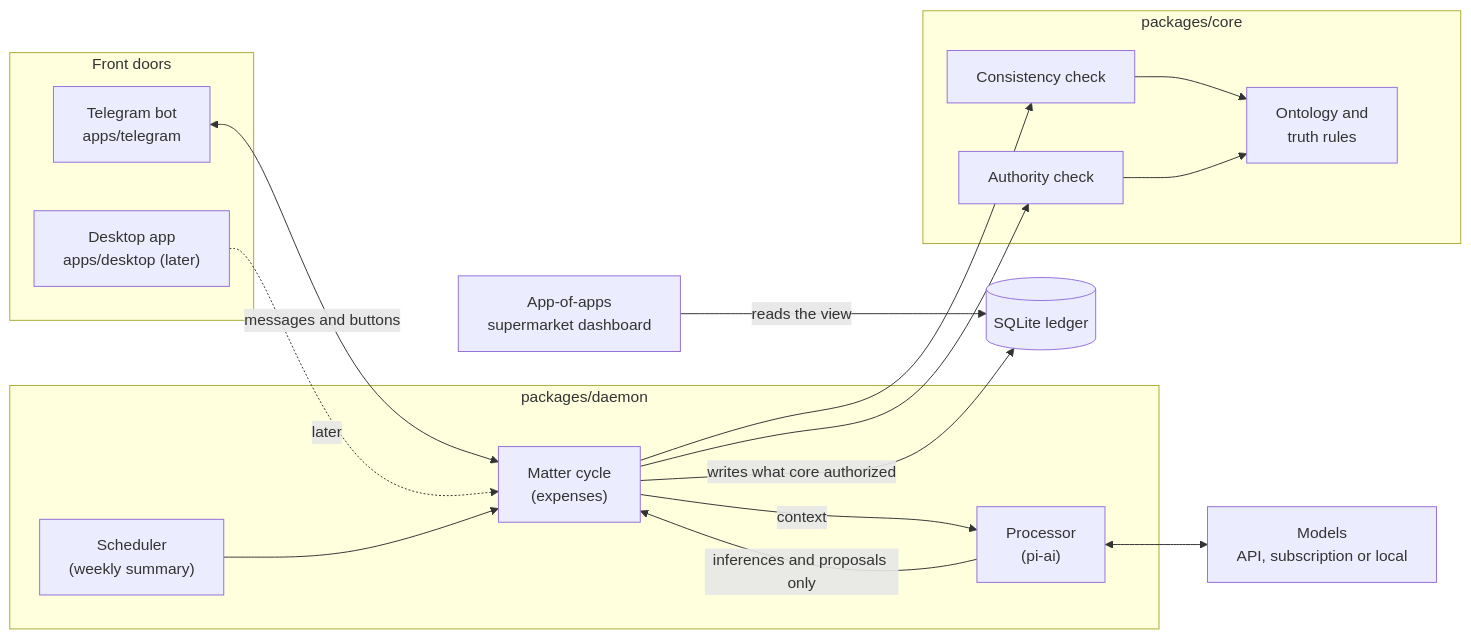
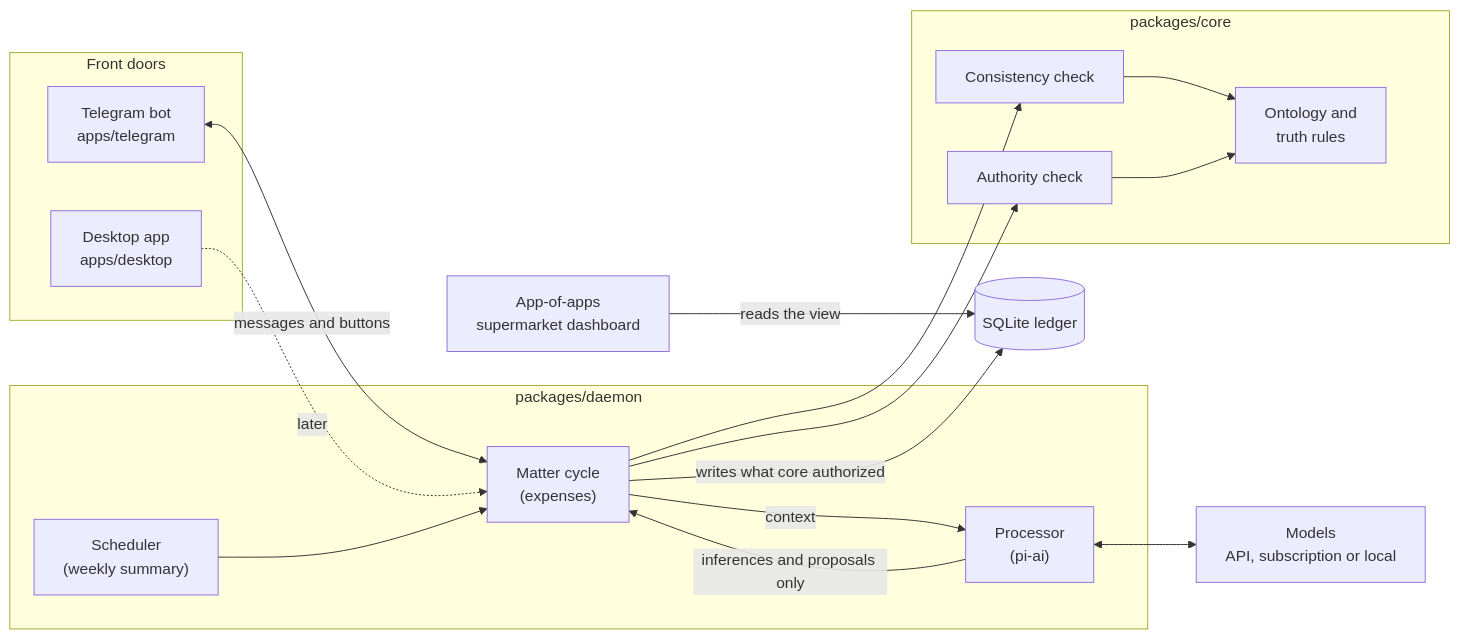
One commit to Sitray/anomander changed the diagram in README.md. Above: the diagram before and after it, drawn with Mermaid. The commit also changed 3 other files, not shown here.

Commit message:
docs: describe the desktop app as built (M6)

````diff
--- a/README.md
+++ b/README.md
@@ -38,36 +38,36 @@
 ```mermaid
 flowchart LR
     subgraph doors["Front doors"]
         TG["Telegram bot<br/>apps/telegram"]
-        DESK["Desktop app<br/>apps/desktop (later)"]
+        DESK["Desktop app<br/>apps/desktop"]
     end
 
     subgraph daemon["packages/daemon"]
         CYCLE["Matter cycle<br/>(expenses)"]
         SCHED["Scheduler<br/>(weekly summary)"]
         PROC["Processor<br/>(pi-ai)"]
     end
 
     subgraph core["packages/core"]
         TRUTH["Ontology and<br/>truth rules"]
         CONS["Consistency check"]
         AUTH["Authority check"]
     end
 
     DB[("SQLite ledger")]
     MODELS["Models<br/>API, subscription or local"]
     DASH["App-of-apps<br/>supermarket dashboard"]
 
     TG <-->|messages and buttons| CYCLE
     DESK -.->|later| CYCLE
     SCHED --> CYCLE
     CYCLE -->|context| PROC
     PROC <--> MODELS
     PROC -->|inferences and proposals only| CYCLE
     CYCLE --> CONS
     CYCLE --> AUTH
     CONS --> TRUTH
     AUTH --> TRUTH
     CYCLE -->|writes what core authorized| DB
     DASH -->|reads the view| DB
 ```
````
